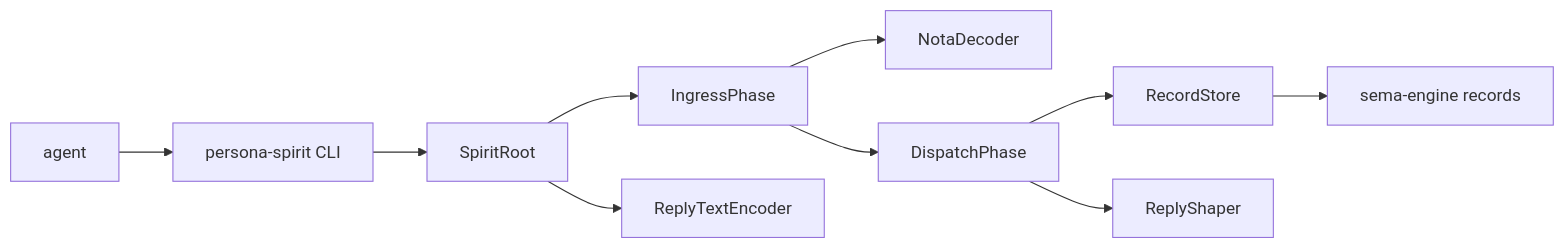
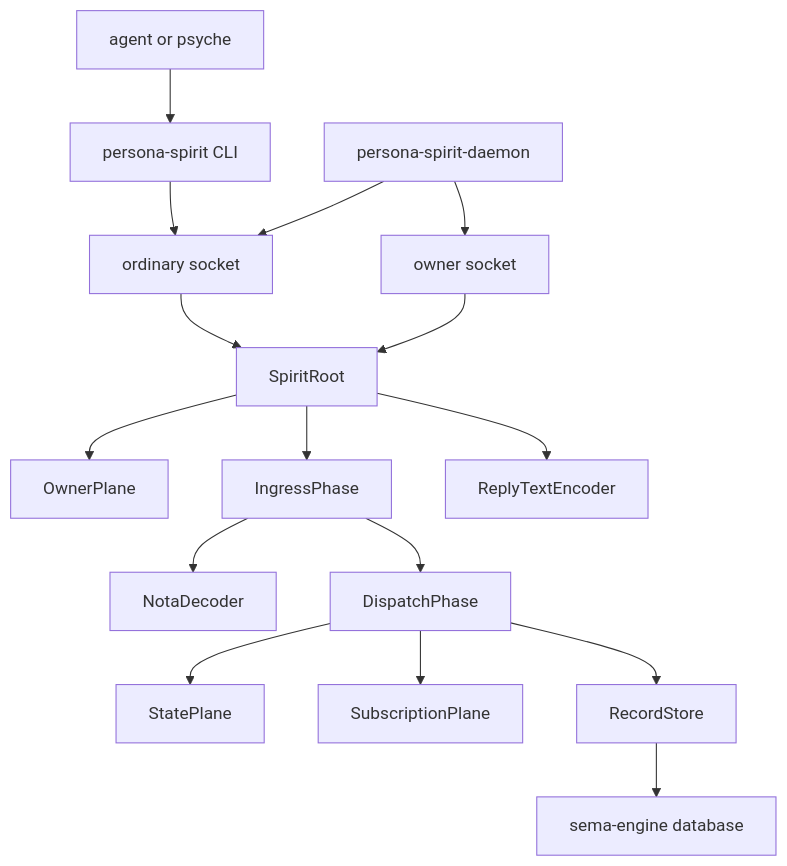
The diagram in reports/operator/136-persona-spirit-current-system-and-intent-gaps.md (LiGoldragon/primary), drawn with Mermaid before and after one commit. The commit also changed other lines of this file and 4 other files, not shown here.

Commit message:
designer: report 238 signal architecture redirection (contract-local verbs)

````diff
--- a/reports/operator/136-persona-spirit-current-system-and-intent-gaps.md
+++ b/reports/operator/136-persona-spirit-current-system-and-intent-gaps.md
@@ -17,23 +21,34 @@
 ```mermaid
-flowchart LR
-    agent["agent"]
+flowchart TB
+    agent["agent or psyche"]
     cli["persona-spirit CLI"]
+    daemon["persona-spirit-daemon"]
+    ordinary["ordinary socket"]
+    owner["owner socket"]
     root["SpiritRoot"]
+    ownerPlane["OwnerPlane"]
     ingress["IngressPhase"]
     decoder["NotaDecoder"]
     dispatch["DispatchPhase"]
+    state["StatePlane"]
+    subscription["SubscriptionPlane"]
     store["RecordStore"]
-    shaper["ReplyShaper"]
+    database["sema-engine database"]
     encoder["ReplyTextEncoder"]
-    database["sema-engine records"]
 
     agent --> cli
-    cli --> root
+    cli --> ordinary
+    daemon --> ordinary
+    daemon --> owner
+    ordinary --> root
+    owner --> root
+    root --> ownerPlane
     root --> ingress
     ingress --> decoder
     ingress --> dispatch
+    dispatch --> state
+    dispatch --> subscription
     dispatch --> store
-    dispatch --> shaper
     store --> database
     root --> encoder
 ```
````
